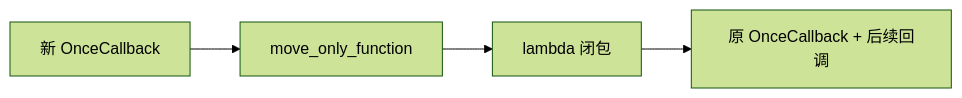
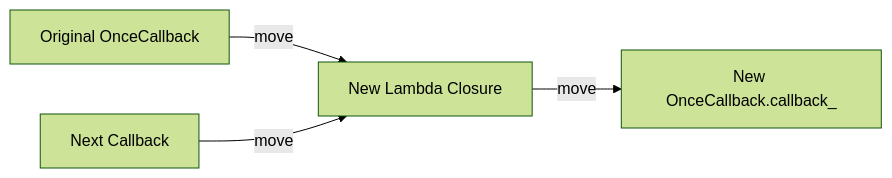
The diagram in documents/en/vol9-open-source-project-learn/chrome/01_once_callback/full/pre-03-once-callback-lambda-advanced.md (Awesome-Embedded-Learning-Studio/Tutorial_AwesomeModernCPP), drawn with Mermaid (forest theme) before and after one commit. The commit also changed other lines of this file and 340 other files, not shown here.

````diff
--- a/documents/en/vol9-open-source-project-learn/chrome/01_once_callback/full/pre-03-once-callback-lambda-advanced.md
+++ b/documents/en/vol9-open-source-project-learn/chrome/01_once_callback/full/pre-03-once-callback-lambda-advanced.md
@@ -143,4 +140,6 @@
 ```mermaid
 graph LR
-    A["新 OnceCallback"] --> B["move_only_function"] --> C["lambda 闭包"] --> D["原 OnceCallback + 后续回调"]
+    A[Original OnceCallback] -- move --> B[New Lambda Closure]
+    C[Next Callback] -- move --> B
+    B -- move --> D[New OnceCallback.callback_]
 ```
````
